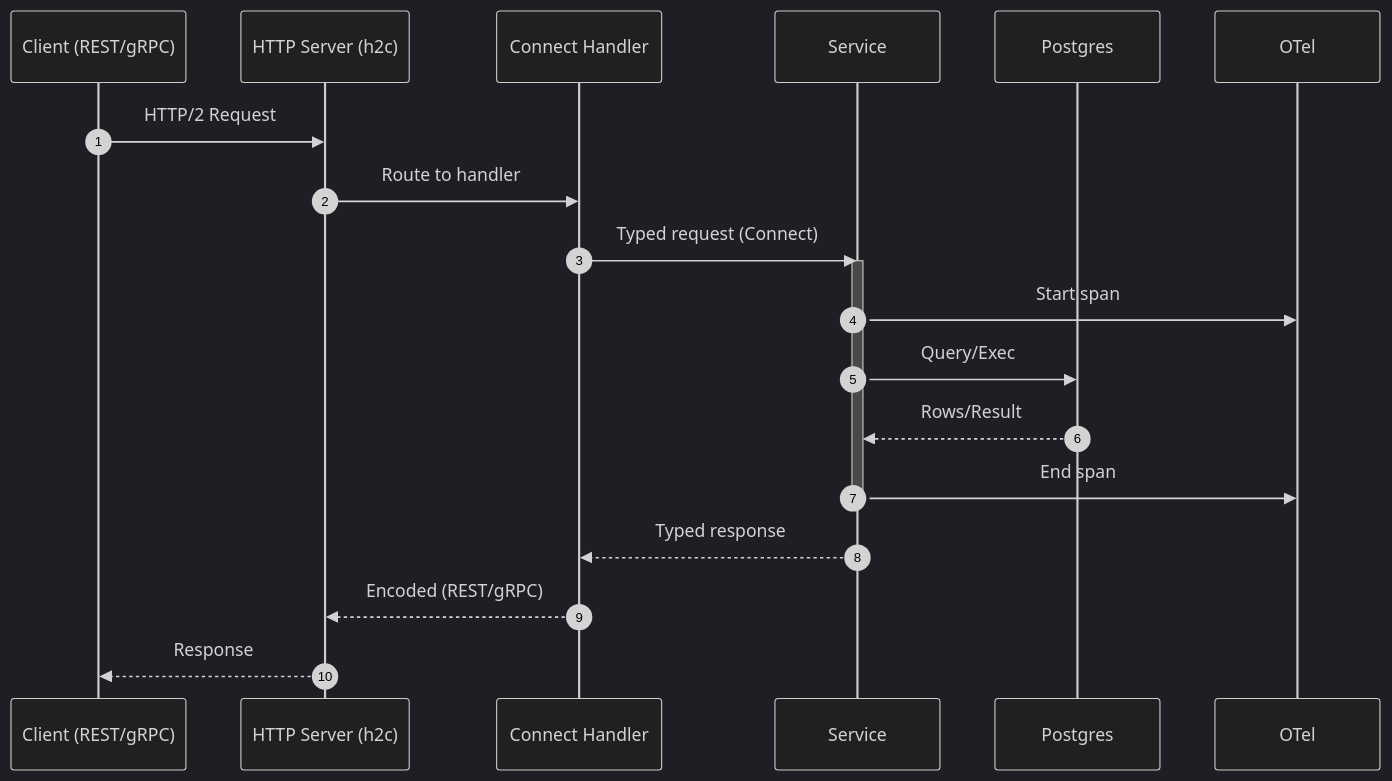
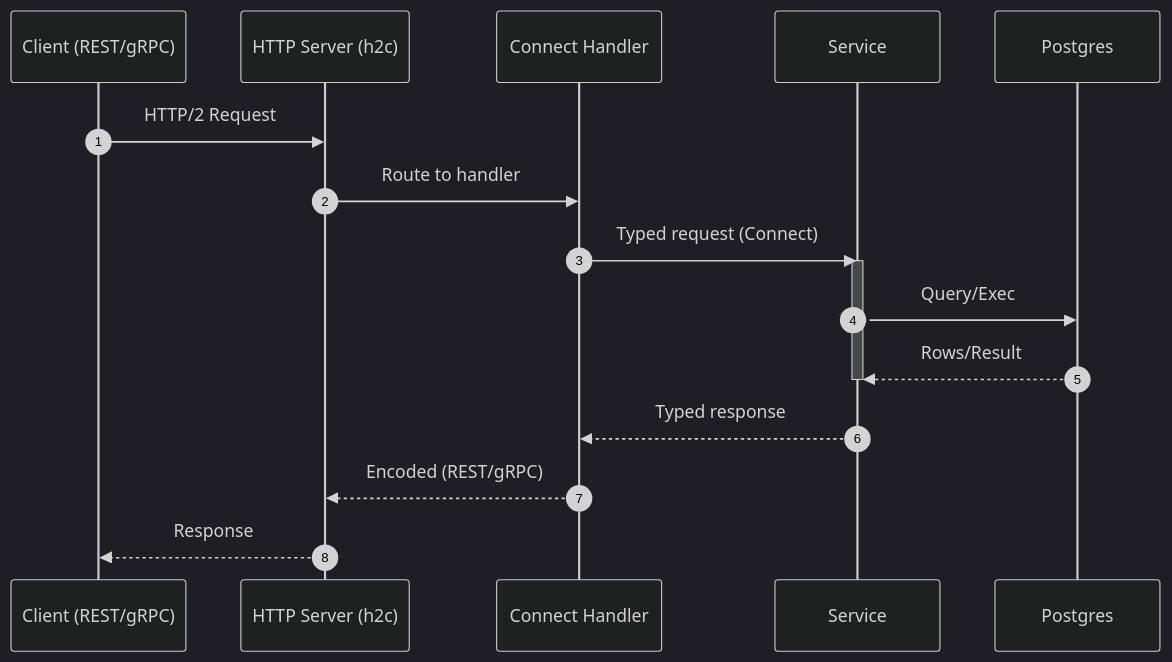
One commit to dipjyotimetia/gRPC-buf changed the second of 3 diagrams in docs/architecture.md. Above: the diagram before and after it, drawn with Mermaid (dark theme). The commit also changed other lines of this file and 44 other files, not shown here.

````diff
--- a/docs/architecture.md
+++ b/docs/architecture.md
@@ -37,23 +31,20 @@
 ```mermaid
 sequenceDiagram
   autonumber
   participant C as Client (REST/gRPC)
   participant H as HTTP Server (h2c)
   participant X as Connect Handler
   participant S as Service
   participant DB as Postgres
-  participant OT as OTel
 
   C->>H: HTTP/2 Request
   H->>X: Route to handler
   X->>S: Typed request (Connect)
   activate S
-  S->>OT: Start span
   S->>DB: Query/Exec
   DB-->>S: Rows/Result
-  S->>OT: End span
   deactivate S
   S-->>X: Typed response
   X-->>H: Encoded (REST/gRPC)
   H-->>C: Response
 ```
````
